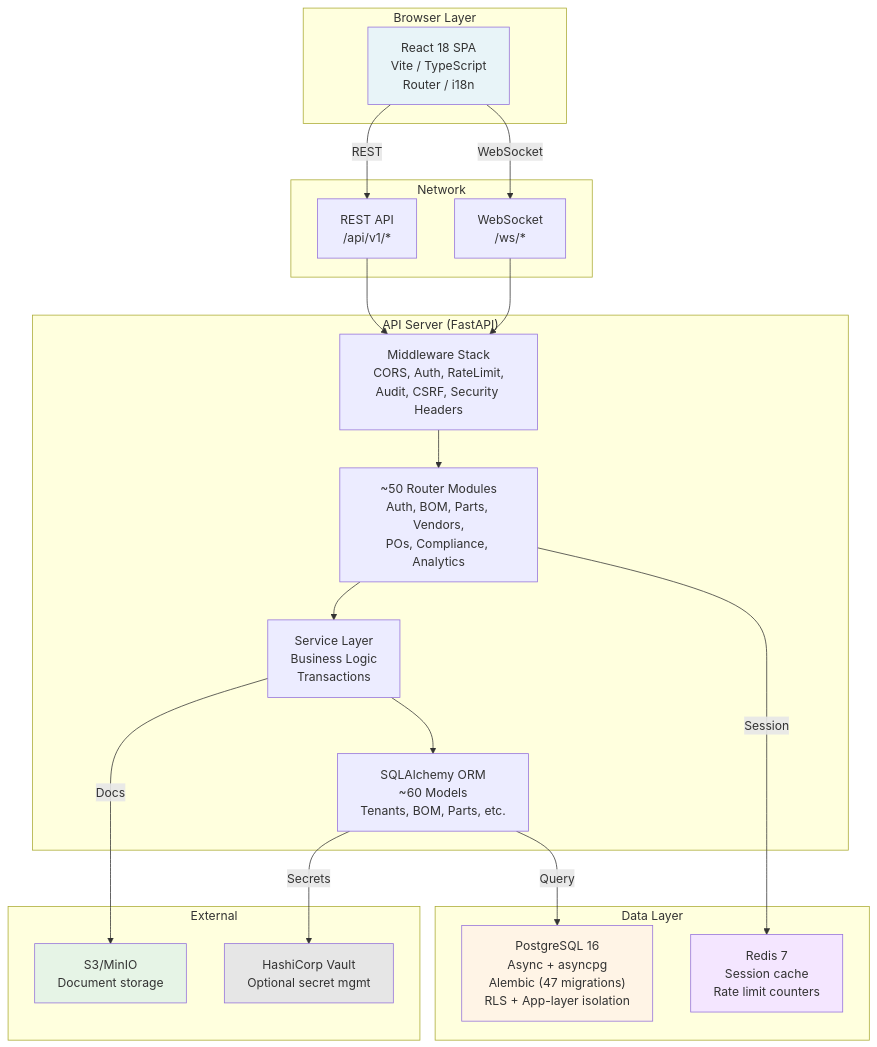
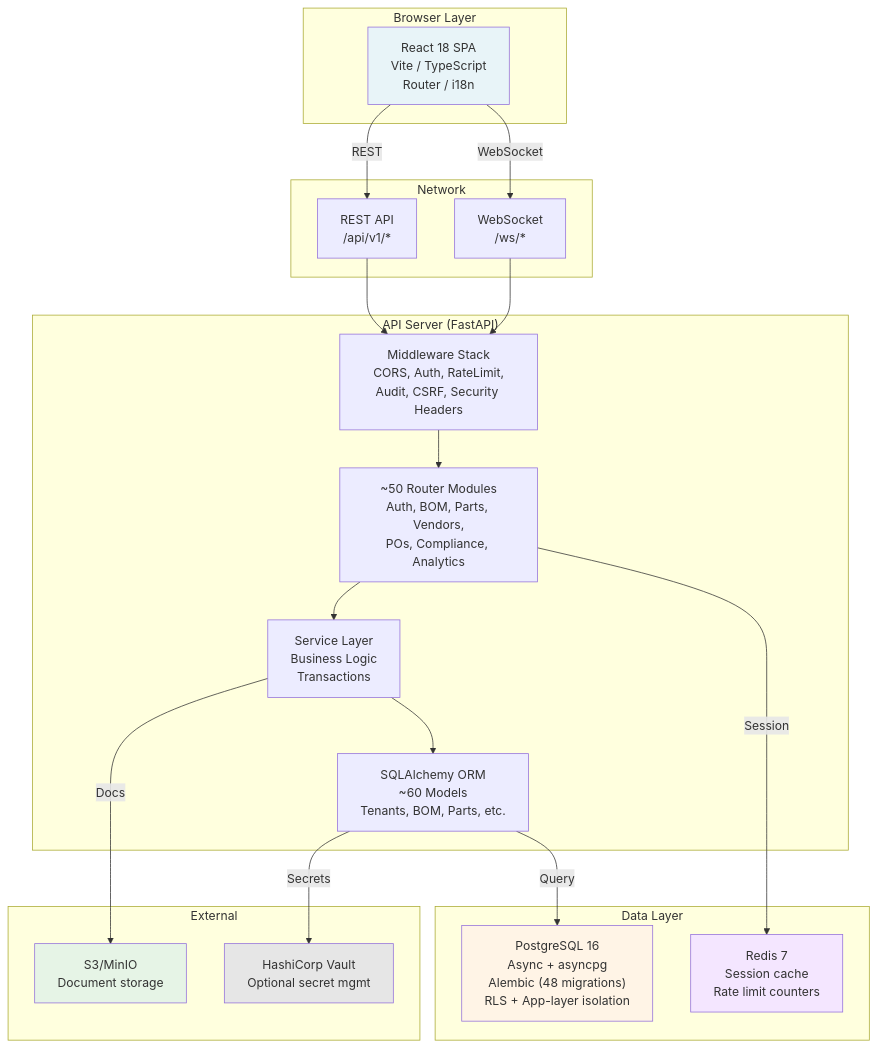
One commit to Sumanth-Raj14/BBF-BOM changed the diagram in ARCHITECTURE.md. Above: the diagram before and after it, drawn with Mermaid. The commit also changed other lines of this file and 8 other files, not shown here.

````diff
--- a/ARCHITECTURE.md
+++ b/ARCHITECTURE.md
@@ -80,46 +80,46 @@
 ```mermaid
 graph TB
     subgraph "Browser Layer"
         B["React 18 SPA<br/>Vite / TypeScript<br/>Router / i18n"]
     end
     
     subgraph "Network"
         REST["REST API<br/>/api/v1/*"]
         WS["WebSocket<br/>/ws/*"]
     end
     
     subgraph "API Server (FastAPI)"
         MIDDLEWARE["Middleware Stack<br/>CORS, Auth, RateLimit,<br/>Audit, CSRF, Security Headers"]
         ROUTERS["~50 Router Modules<br/>Auth, BOM, Parts, Vendors,<br/>POs, Compliance, Analytics"]
         SERVICES["Service Layer<br/>Business Logic<br/>Transactions"]
         MODELS["SQLAlchemy ORM<br/>~60 Models<br/>Tenants, BOM, Parts, etc."]
     end
     
     subgraph "Data Layer"
-        POSTGRES["PostgreSQL 16<br/>Async + asyncpg<br/>Alembic (47 migrations)<br/>RLS + App-layer isolation"]
+        POSTGRES["PostgreSQL 16<br/>Async + asyncpg<br/>Alembic (48 migrations)<br/>RLS + App-layer isolation"]
         REDIS["Redis 7<br/>Session cache<br/>Rate limit counters"]
     end
     
     subgraph "External"
         S3["S3/MinIO<br/>Document storage"]
         VAULT["HashiCorp Vault<br/>Optional secret mgmt"]
     end
     
     B -->|REST| REST
     B -->|WebSocket| WS
     REST --> MIDDLEWARE
     WS --> MIDDLEWARE
     MIDDLEWARE --> ROUTERS
     ROUTERS --> SERVICES
     SERVICES --> MODELS
     MODELS -->|Query| POSTGRES
     ROUTERS -->|Session| REDIS
     SERVICES -->|Docs| S3
     MODELS -->|Secrets| VAULT
     
     style B fill:#e8f4f8
     style POSTGRES fill:#fff4e6
     style REDIS fill:#f4e6ff
     style S3 fill:#e6f4e6
     style VAULT fill:#e6e6e6
 ```
````
